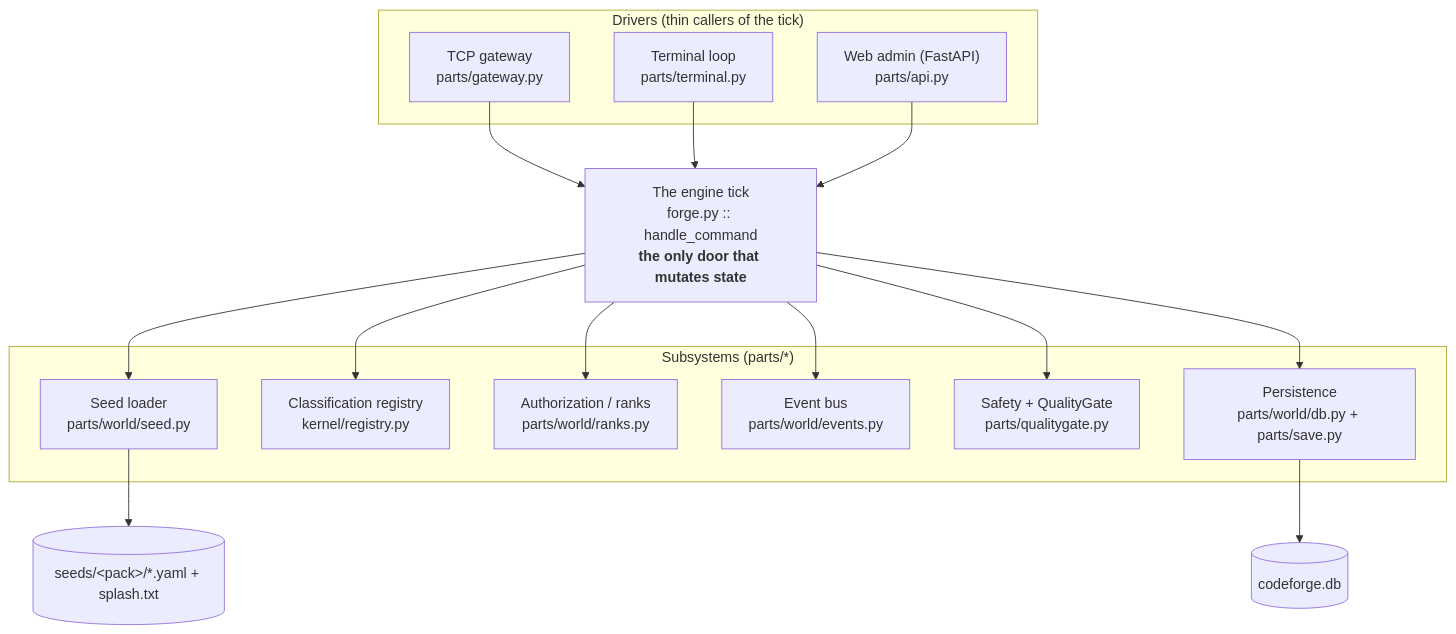
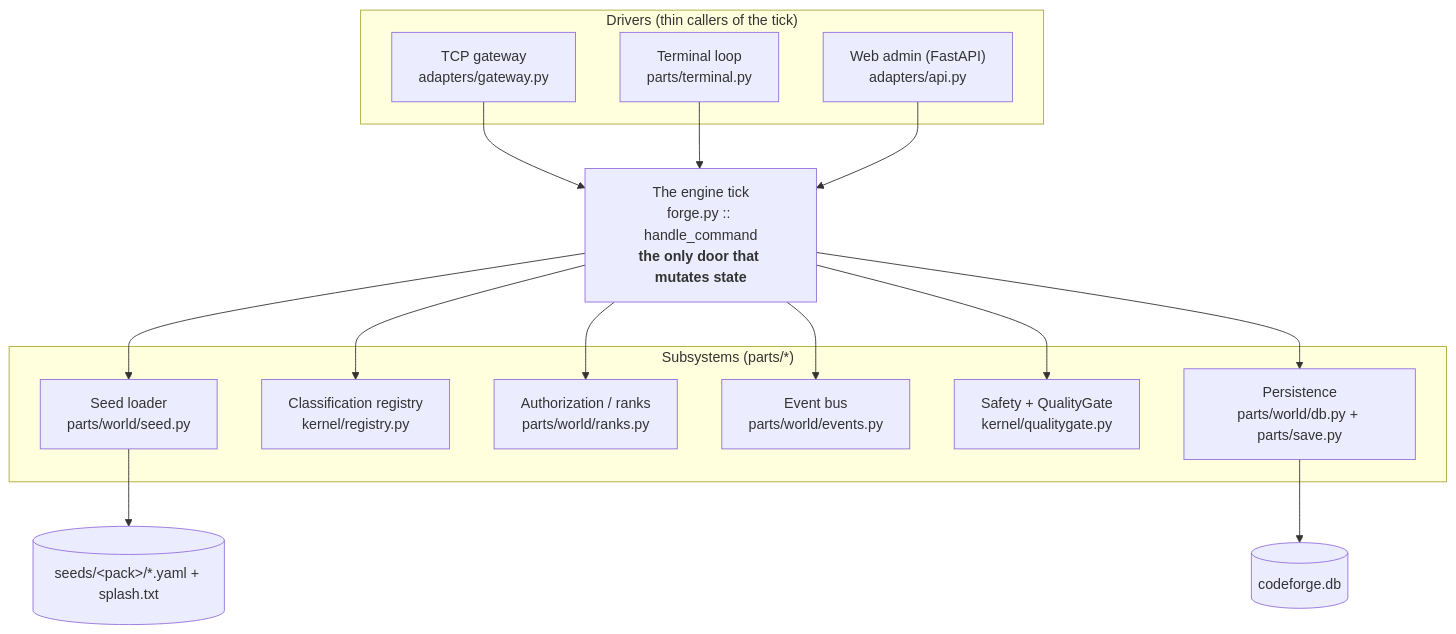
The second of 2 diagrams in docs/architecture_c4.md (MatrymLabs/codeforge), drawn with Mermaid before and after one commit. The commit also changed other lines of this file and 77 other files, not shown here.

First line of the commit message:
refactor(structure): §2 batch 6 - qualitygate -> kernel/; the first adapters/ wave

````diff
--- a/docs/architecture_c4.md
+++ b/docs/architecture_c4.md
@@ -39,34 +39,34 @@
 ```mermaid
 flowchart TB
     subgraph drivers["Drivers (thin callers of the tick)"]
-        tcp["TCP gateway<br/>parts/gateway.py"]
+        tcp["TCP gateway<br/>adapters/gateway.py"]
         term["Terminal loop<br/>parts/terminal.py"]
-        web["Web admin (FastAPI)<br/>parts/api.py"]
+        web["Web admin (FastAPI)<br/>adapters/api.py"]
     end
 
     tick["The engine tick<br/>forge.py :: handle_command<br/><b>the only door that mutates state</b>"]
 
     subgraph subsystems["Subsystems (parts/*)"]
         seedloader["Seed loader<br/>parts/world/seed.py"]
         registry["Classification registry<br/>kernel/registry.py"]
         ranks["Authorization / ranks<br/>parts/world/ranks.py"]
         events["Event bus<br/>parts/world/events.py"]
-        quality["Safety + QualityGate<br/>parts/qualitygate.py"]
+        quality["Safety + QualityGate<br/>kernel/qualitygate.py"]
         persistence["Persistence<br/>parts/world/db.py + parts/save.py"]
     end
 
     seedsdata[("seeds/&lt;pack&gt;/*.yaml + splash.txt")]
     dbfile[("codeforge.db")]
 
     tcp --> tick
     term --> tick
     web --> tick
     tick --> ranks
     tick --> registry
     tick --> events
     tick --> quality
     tick --> seedloader
     seedloader --> seedsdata
     tick --> persistence
     persistence --> dbfile
 ```
````
